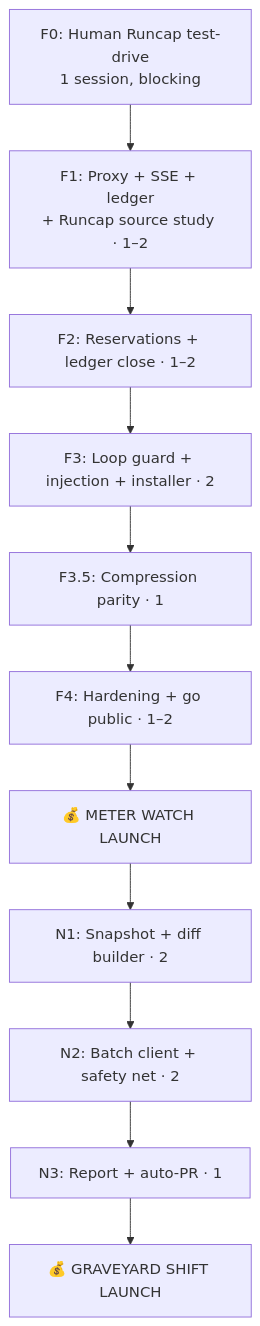
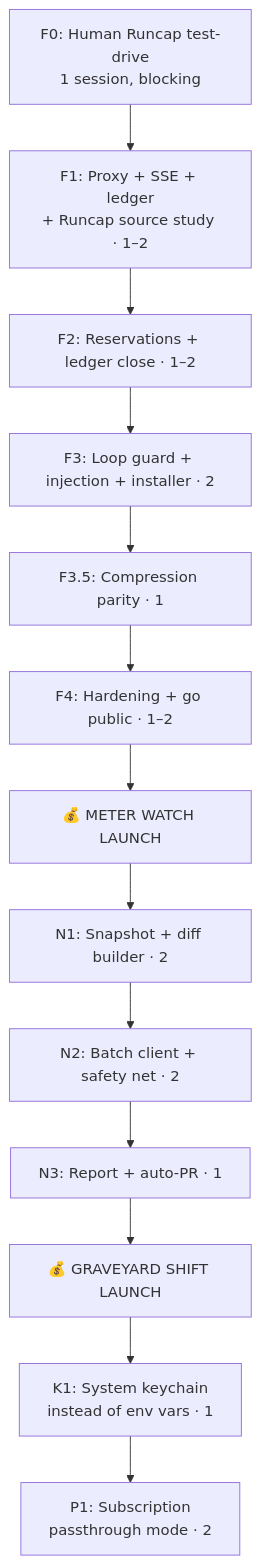
One commit to prudence-cli/prudence changed the fourth of 4 diagrams in implementation-plans-prudence.md. Above: the diagram before and after it, drawn with Mermaid. The commit also changed other lines of this file and 1 other file, not shown here.

Commit message:
Plan §8: post-dogfood trust track (K1 keychain, P1 passthrough)

````diff
--- a/implementation-plans-prudence.md
+++ b/implementation-plans-prudence.md
@@ -475,13 +475,15 @@
 ```mermaid
 flowchart TB
     F0[F0: Human Runcap test-drive<br/>1 session, blocking] --> F1[F1: Proxy + SSE + ledger<br/>+ Runcap source study · 1–2]
     F1 --> F2[F2: Reservations + ledger close · 1–2]
     F2 --> F3[F3: Loop guard + injection + installer · 2]
     F3 --> F35[F3.5: Compression parity · 1]
     F35 --> F4[F4: Hardening + go public · 1–2]
     F4 --> F5[💰 METER WATCH LAUNCH]
     F5 --> N1[N1: Snapshot + diff builder · 2]
     N1 --> N2[N2: Batch client + safety net · 2]
     N2 --> N3[N3: Report + auto-PR · 1]
     N3 --> N4[💰 GRAVEYARD SHIFT LAUNCH]
+    N4 --> K1[K1: System keychain<br/>instead of env vars · 1]
+    K1 --> P1[P1: Subscription<br/>passthrough mode · 2]
 ```
````
